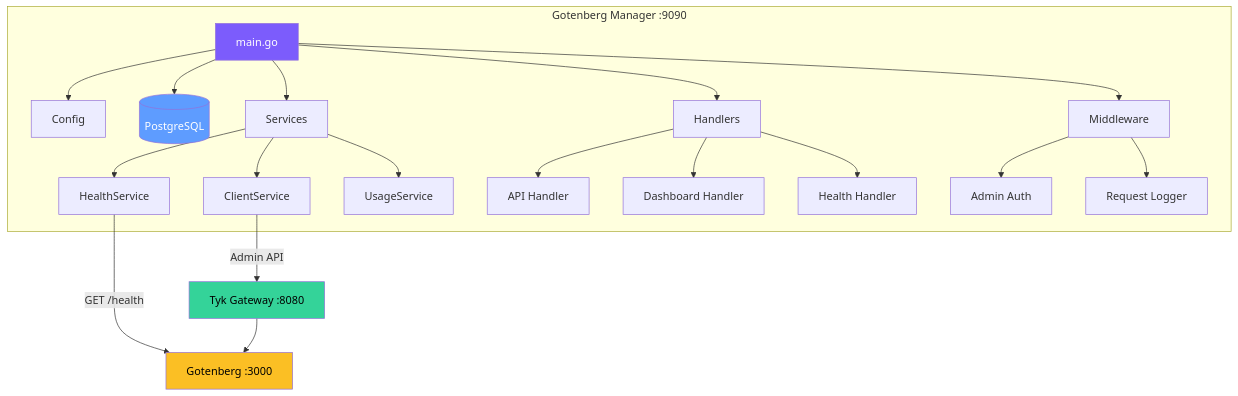
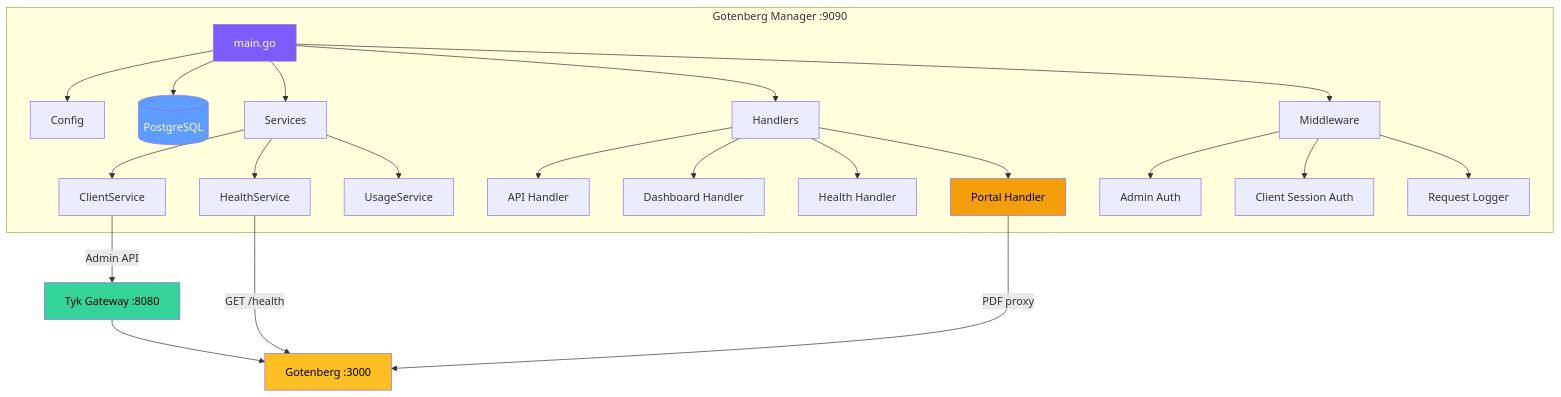
One commit to AGarciaRipalda/flux-tyk-gotenberg changed the diagram in apps/gotenberg-manager/WALKTHROUGH.md. Above: the diagram before and after it, drawn with Mermaid. The commit also changed other lines of this file and 17 other files, not shown here.

Commit message:
feat: implement client portal with email/password auth

````diff
--- a/apps/gotenberg-manager/WALKTHROUGH.md
+++ b/apps/gotenberg-manager/WALKTHROUGH.md
@@ -18,30 +19,34 @@
 ```mermaid
 graph TB
     subgraph "Gotenberg Manager :9090"
         MAIN[main.go] --> CFG[Config]
         MAIN --> DB[(PostgreSQL)]
         MAIN --> SVC[Services]
         MAIN --> HDLR[Handlers]
         MAIN --> MW[Middleware]
         
         SVC --> CS[ClientService]
         SVC --> HS[HealthService]
         SVC --> US[UsageService]
         
         HDLR --> API[API Handler]
         HDLR --> DASH[Dashboard Handler]
         HDLR --> HH[Health Handler]
+        HDLR --> PORTAL[Portal Handler]
         
         MW --> AUTH[Admin Auth]
+        MW --> CAUTH[Client Session Auth]
         MW --> LOG[Request Logger]
     end
 
     CS -->|Admin API| TYK[Tyk Gateway :8080]
     HS -->|GET /health| GOT[Gotenberg :3000]
+    PORTAL -->|PDF proxy| GOT
     TYK --> GOT
     
     style MAIN fill:#7c5cfc,color:#fff
     style DB fill:#5e9cff,color:#fff
     style TYK fill:#34d399,color:#000
     style GOT fill:#fbbf24,color:#000
+    style PORTAL fill:#f59e0b,color:#000
 ```
````
